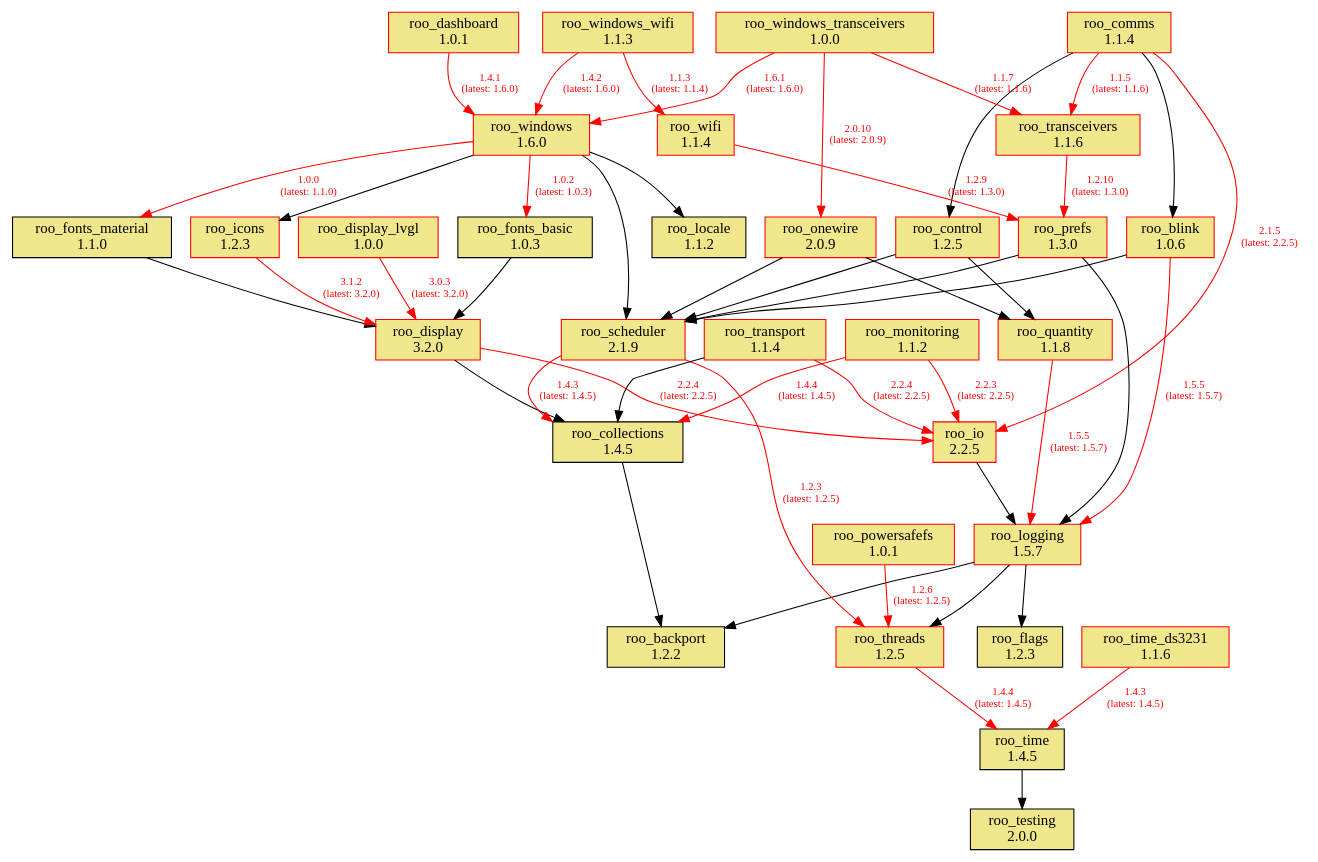
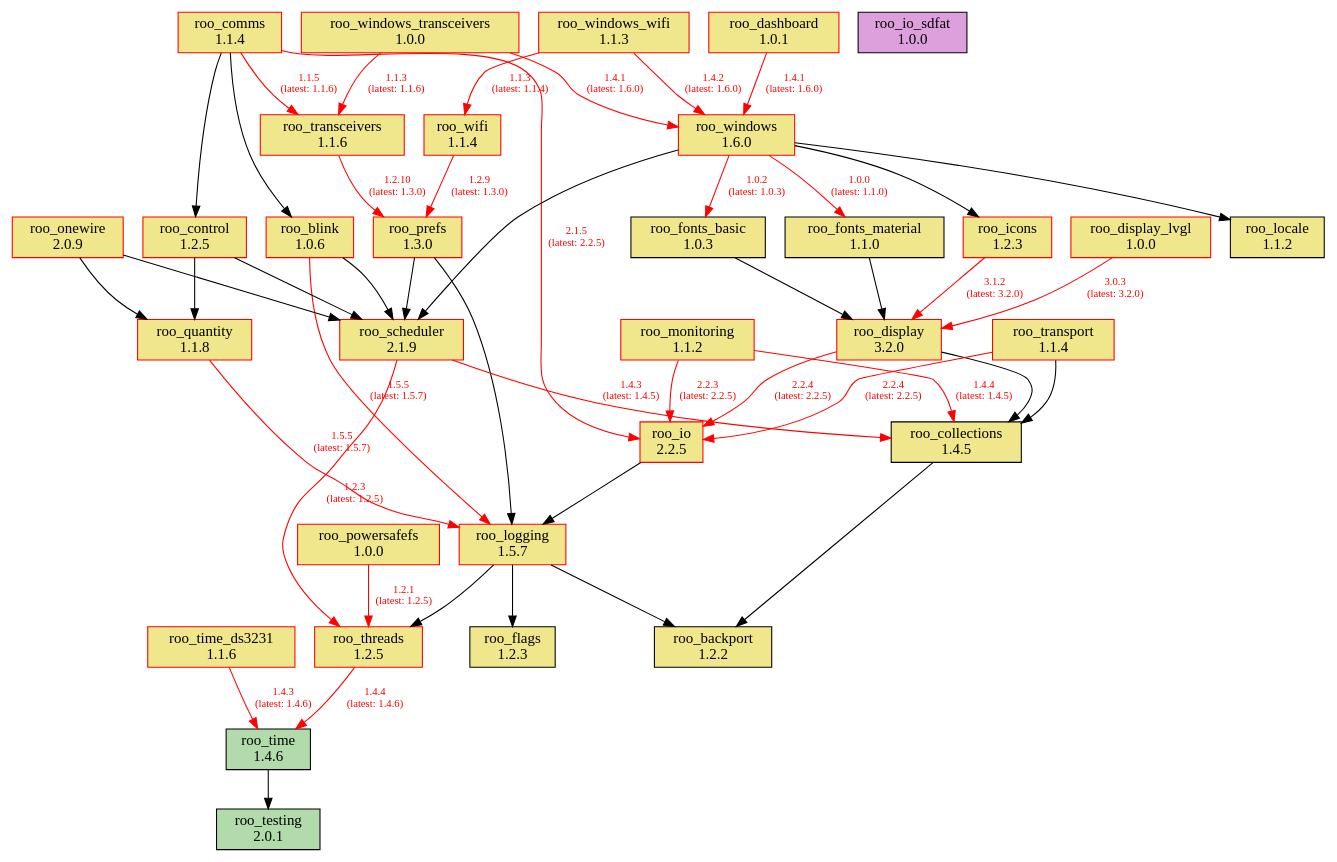
Before and after one commit to dejwk/roo-registry: the diagram in doc/dependencies.dot, drawn with Graphviz. The commit also changed 3 other files, not shown here.

Commit message:
Added roo_time 1.4.6 to the registry.

```diff
--- a/doc/dependencies.dot
+++ b/doc/dependencies.dot
@@ -1,87 +1,87 @@
 digraph dependencies {
     rankdir=TB;
     node [shape=box, style=filled];
     edge [fontsize=10];
 
     // Modules
     "roo_backport" [label="roo_backport\n1.2.2", fillcolor="khaki", color="black"];
     "roo_blink" [label="roo_blink\n1.0.6", fillcolor="khaki", color="red"];
     "roo_collections" [label="roo_collections\n1.4.5", fillcolor="khaki", color="black"];
     "roo_comms" [label="roo_comms\n1.1.4", fillcolor="khaki", color="red"];
     "roo_control" [label="roo_control\n1.2.5", fillcolor="khaki", color="red"];
     "roo_dashboard" [label="roo_dashboard\n1.0.1", fillcolor="khaki", color="red"];
     "roo_display" [label="roo_display\n3.2.0", fillcolor="khaki", color="red"];
     "roo_display_lvgl" [label="roo_display_lvgl\n1.0.0", fillcolor="khaki", color="red"];
     "roo_flags" [label="roo_flags\n1.2.3", fillcolor="khaki", color="black"];
     "roo_fonts_basic" [label="roo_fonts_basic\n1.0.3", fillcolor="khaki", color="black"];
     "roo_fonts_material" [label="roo_fonts_material\n1.1.0", fillcolor="khaki", color="black"];
     "roo_icons" [label="roo_icons\n1.2.3", fillcolor="khaki", color="red"];
     "roo_io" [label="roo_io\n2.2.5", fillcolor="khaki", color="red"];
+    "roo_io_sdfat" [label="roo_io_sdfat\n1.0.0", fillcolor="plum", color="black"];
     "roo_locale" [label="roo_locale\n1.1.2", fillcolor="khaki", color="black"];
     "roo_logging" [label="roo_logging\n1.5.7", fillcolor="khaki", color="red"];
     "roo_monitoring" [label="roo_monitoring\n1.1.2", fillcolor="khaki", color="red"];
     "roo_onewire" [label="roo_onewire\n2.0.9", fillcolor="khaki", color="red"];
-    "roo_powersafefs" [label="roo_powersafefs\n1.0.1", fillcolor="khaki", color="red"];
+    "roo_powersafefs" [label="roo_powersafefs\n1.0.0", fillcolor="khaki", color="red"];
     "roo_prefs" [label="roo_prefs\n1.3.0", fillcolor="khaki", color="red"];
     "roo_quantity" [label="roo_quantity\n1.1.8", fillcolor="khaki", color="red"];
     "roo_scheduler" [label="roo_scheduler\n2.1.9", fillcolor="khaki", color="red"];
-    "roo_testing" [label="roo_testing\n2.0.0", fillcolor="khaki", color="black"];
+    "roo_testing" [label="roo_testing\n2.0.1", fillcolor="#b1dbab", color="black"];
     "roo_threads" [label="roo_threads\n1.2.5", fillcolor="khaki", color="red"];
-    "roo_time" [label="roo_time\n1.4.5", fillcolor="khaki", color="black"];
+    "roo_time" [label="roo_time\n1.4.6", fillcolor="#b1dbab", color="black"];
     "roo_time_ds3231" [label="roo_time_ds3231\n1.1.6", fillcolor="khaki", color="red"];
     "roo_transceivers" [label="roo_transceivers\n1.1.6", fillcolor="khaki", color="red"];
     "roo_transport" [label="roo_transport\n1.1.4", fillcolor="khaki", color="red"];
     "roo_wifi" [label="roo_wifi\n1.1.4", fillcolor="khaki", color="red"];
     "roo_windows" [label="roo_windows\n1.6.0", fillcolor="khaki", color="red"];
     "roo_windows_transceivers" [label="roo_windows_transceivers\n1.0.0", fillcolor="khaki", color="red"];
     "roo_windows_wifi" [label="roo_windows_wifi\n1.1.3", fillcolor="khaki", color="red"];
 
     // Dependencies
     "roo_blink" -> "roo_logging" [color=red, fontcolor=red, label="1.5.5\n(latest: 1.5.7)"];
     "roo_blink" -> "roo_scheduler";
     "roo_collections" -> "roo_backport";
     "roo_comms" -> "roo_blink";
     "roo_comms" -> "roo_control";
     "roo_comms" -> "roo_io" [color=red, fontcolor=red, label="2.1.5\n(latest: 2.2.5)"];
     "roo_comms" -> "roo_transceivers" [color=red, fontcolor=red, label="1.1.5\n(latest: 1.1.6)"];
     "roo_control" -> "roo_quantity";
     "roo_control" -> "roo_scheduler";
     "roo_dashboard" -> "roo_windows" [color=red, fontcolor=red, label="1.4.1\n(latest: 1.6.0)"];
     "roo_display" -> "roo_collections";
     "roo_display" -> "roo_io" [color=red, fontcolor=red, label="2.2.4\n(latest: 2.2.5)"];
     "roo_display_lvgl" -> "roo_display" [color=red, fontcolor=red, label="3.0.3\n(latest: 3.2.0)"];
     "roo_fonts_basic" -> "roo_display";
     "roo_fonts_material" -> "roo_display";
     "roo_icons" -> "roo_display" [color=red, fontcolor=red, label="3.1.2\n(latest: 3.2.0)"];
     "roo_io" -> "roo_logging";
     "roo_logging" -> "roo_backport";
     "roo_logging" -> "roo_flags";
     "roo_logging" -> "roo_threads";
     "roo_monitoring" -> "roo_collections" [color=red, fontcolor=red, label="1.4.4\n(latest: 1.4.5)"];
     "roo_monitoring" -> "roo_io" [color=red, fontcolor=red, label="2.2.3\n(latest: 2.2.5)"];
     "roo_onewire" -> "roo_scheduler";
     "roo_onewire" -> "roo_quantity";
-    "roo_powersafefs" -> "roo_threads" [color=red, fontcolor=red, label="1.2.6\n(latest: 1.2.5)"];
+    "roo_powersafefs" -> "roo_threads" [color=red, fontcolor=red, label="1.2.1\n(latest: 1.2.5)"];
     "roo_prefs" -> "roo_logging";
     "roo_prefs" -> "roo_scheduler";
     "roo_quantity" -> "roo_logging" [color=red, fontcolor=red, label="1.5.5\n(latest: 1.5.7)"];
     "roo_scheduler" -> "roo_collections" [color=red, fontcolor=red, label="1.4.3\n(latest: 1.4.5)"];
     "roo_scheduler" -> "roo_threads" [color=red, fontcolor=red, label="1.2.3\n(latest: 1.2.5)"];
-    "roo_threads" -> "roo_time" [color=red, fontcolor=red, label="1.4.4\n(latest: 1.4.5)"];
+    "roo_threads" -> "roo_time" [color=red, fontcolor=red, label="1.4.4\n(latest: 1.4.6)"];
     "roo_time" -> "roo_testing";
-    "roo_time_ds3231" -> "roo_time" [color=red, fontcolor=red, label="1.4.3\n(latest: 1.4.5)"];
+    "roo_time_ds3231" -> "roo_time" [color=red, fontcolor=red, label="1.4.3\n(latest: 1.4.6)"];
     "roo_transceivers" -> "roo_prefs" [color=red, fontcolor=red, label="1.2.10\n(latest: 1.3.0)"];
     "roo_transport" -> "roo_collections";
     "roo_transport" -> "roo_io" [color=red, fontcolor=red, label="2.2.4\n(latest: 2.2.5)"];
     "roo_wifi" -> "roo_prefs" [color=red, fontcolor=red, label="1.2.9\n(latest: 1.3.0)"];
     "roo_windows" -> "roo_fonts_basic" [color=red, fontcolor=red, label="1.0.2\n(latest: 1.0.3)"];
     "roo_windows" -> "roo_fonts_material" [color=red, fontcolor=red, label="1.0.0\n(latest: 1.1.0)"];
     "roo_windows" -> "roo_locale";
     "roo_windows" -> "roo_icons";
     "roo_windows" -> "roo_scheduler";
-    "roo_windows_transceivers" -> "roo_onewire" [color=red, fontcolor=red, label="2.0.10\n(latest: 2.0.9)"];
-    "roo_windows_transceivers" -> "roo_transceivers" [color=red, fontcolor=red, label="1.1.7\n(latest: 1.1.6)"];
-    "roo_windows_transceivers" -> "roo_windows" [color=red, fontcolor=red, label="1.6.1\n(latest: 1.6.0)"];
+    "roo_windows_transceivers" -> "roo_transceivers" [color=red, fontcolor=red, label="1.1.3\n(latest: 1.1.6)"];
+    "roo_windows_transceivers" -> "roo_windows" [color=red, fontcolor=red, label="1.4.1\n(latest: 1.6.0)"];
     "roo_windows_wifi" -> "roo_wifi" [color=red, fontcolor=red, label="1.1.3\n(latest: 1.1.4)"];
     "roo_windows_wifi" -> "roo_windows" [color=red, fontcolor=red, label="1.4.2\n(latest: 1.6.0)"];
 }
```
